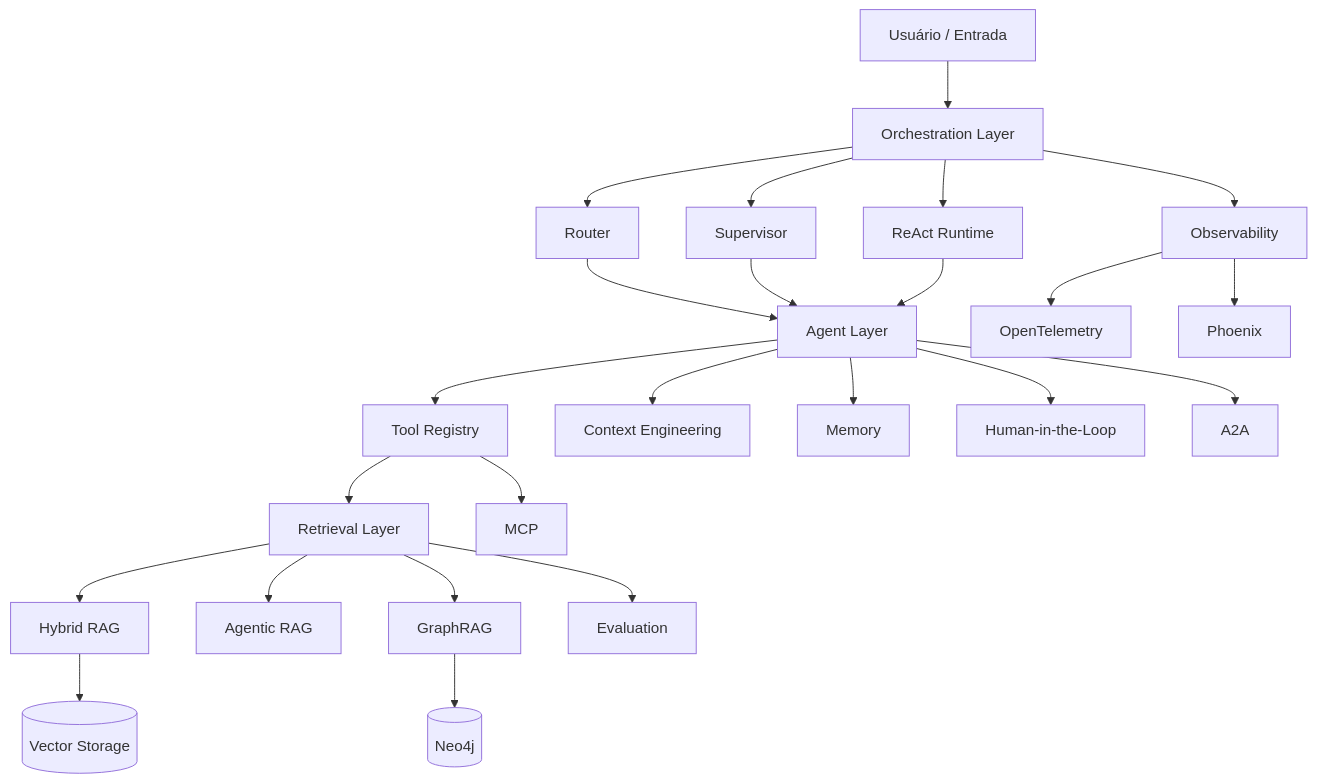
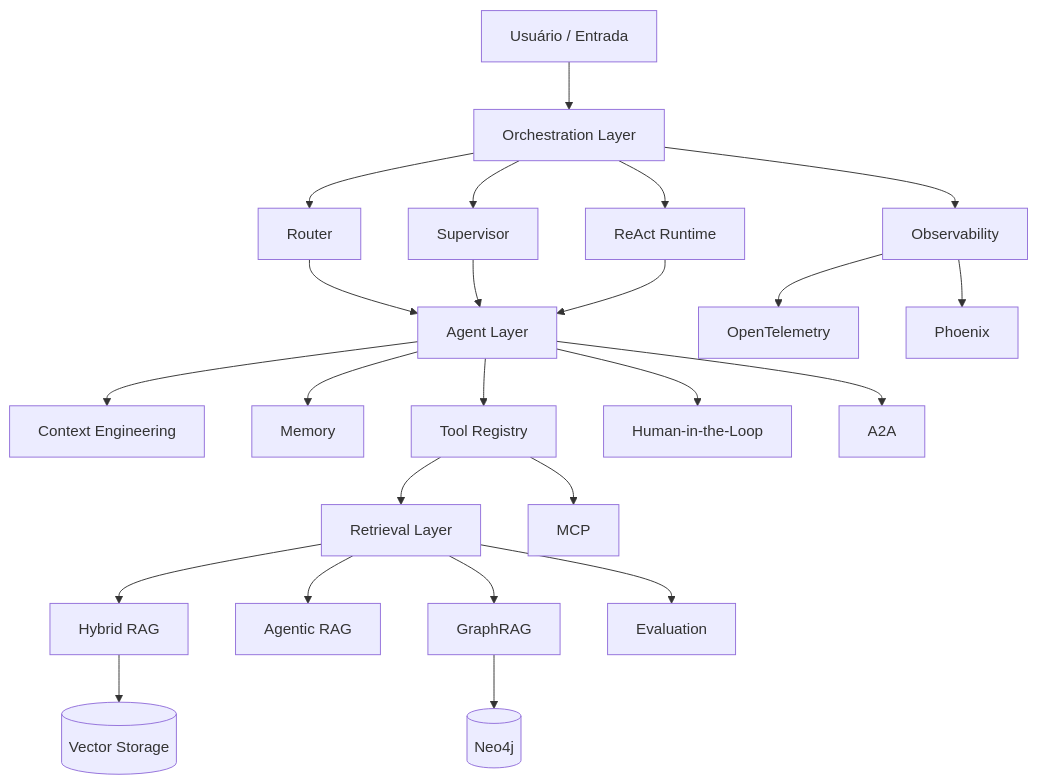
One commit to Rogerio5/INNA-AI-Engineering-Portfolio changed the first of 26 diagrams in README.md. Above: the diagram before and after it, drawn with Mermaid. The commit also changed other lines of this file, not shown here.

````diff
--- a/README.md
+++ b/README.md
@@ -66,39 +68,39 @@
 ```mermaid
 flowchart TD
 
     USER[Usuário / Entrada]
 
     USER --> ORCH[Orchestration Layer]
 
     ORCH --> ROUTER[Router]
     ORCH --> SUPERVISOR[Supervisor]
     ORCH --> REACT[ReAct Runtime]
 
     ROUTER --> AGENTS[Agent Layer]
     SUPERVISOR --> AGENTS
     REACT --> AGENTS
 
-    AGENTS --> TOOLS[Tool Registry]
     AGENTS --> CONTEXT[Context Engineering]
     AGENTS --> MEMORY[Memory]
+    AGENTS --> TOOLS[Tool Registry]
+    AGENTS --> HITL[Human-in-the-Loop]
 
     TOOLS --> RETRIEVAL[Retrieval Layer]
 
     RETRIEVAL --> HYBRID[Hybrid RAG]
     RETRIEVAL --> AGENTIC[Agentic RAG]
     RETRIEVAL --> GRAPH[GraphRAG]
 
+    HYBRID --> VECTOR[(Vector Storage)]
     GRAPH --> NEO4J[(Neo4j)]
-    HYBRID --> VECTOR[(Vector Storage)]
 
-    AGENTS --> HITL[Human-in-the-Loop]
+    RETRIEVAL --> EVAL[Evaluation]
 
     ORCH --> OBS[Observability]
-    RETRIEVAL --> EVAL[Evaluation]
 
     OBS --> OTEL[OpenTelemetry]
     OBS --> PHOENIX[Phoenix]
 
     TOOLS --> MCP[MCP]
     AGENTS --> A2A[A2A]
 ```
````
